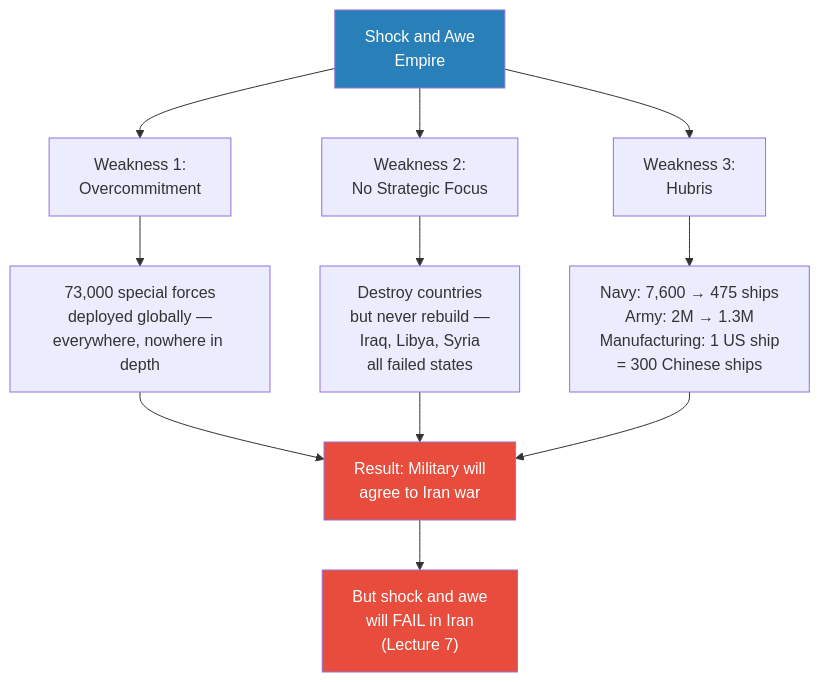
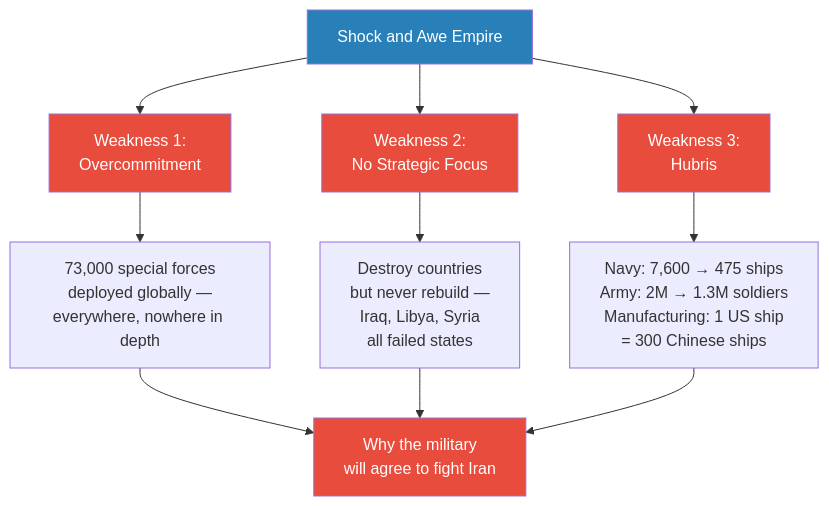
The seventh of 7 diagrams in summaries/Lectures/Geo-Strategy/06 - America's Imperial Hubris.md (alius33/reader), drawn with Mermaid before and after one commit. The commit also changed other lines of this file and 26 other files, not shown here.

````diff
--- a/summaries/Lectures/Geo-Strategy/06 - America's Imperial Hubris.md
+++ b/summaries/Lectures/Geo-Strategy/06 - America's Imperial Hubris.md
@@ -592,16 +400,17 @@
 ```mermaid
 flowchart TB
-    SA["Shock and Awe<br/>Empire"] --> W1["Weakness 1:<br/>Overcommitment"]
+    SA["Shock and Awe Empire"] --> W1["Weakness 1:<br/>Overcommitment"]
     SA --> W2["Weakness 2:<br/>No Strategic Focus"]
     SA --> W3["Weakness 3:<br/>Hubris"]
     W1 --> E1["73,000 special forces<br/>deployed globally —<br/>everywhere, nowhere in depth"]
     W2 --> E2["Destroy countries<br/>but never rebuild —<br/>Iraq, Libya, Syria<br/>all failed states"]
-    W3 --> E3["Navy: 7,600 → 475 ships<br/>Army: 2M → 1.3M<br/>Manufacturing: 1 US ship<br/>= 300 Chinese ships"]
-    E1 --> R["Result: Military will<br/>agree to Iran war"]
-    E2 --> R
-    E3 --> R
-    R --> F["But shock and awe<br/>will FAIL in Iran<br/>(Lecture 7)"]
+    W3 --> E3["Navy: 7,600 → 475 ships<br/>Army: 2M → 1.3M soldiers<br/>Manufacturing: 1 US ship<br/>= 300 Chinese ships"]
+    E1 --> C["Why the military<br/>will agree to fight Iran"]
+    E2 --> C
+    E3 --> C
     style SA fill:#2980b9,color:#fff
-    style R fill:#e74c3c,color:#fff
-    style F fill:#e74c3c,color:#fff
+    style W1 fill:#e74c3c,color:#fff
+    style W2 fill:#e74c3c,color:#fff
+    style W3 fill:#e74c3c,color:#fff
+    style C fill:#e74c3c,color:#fff
 ```
````
